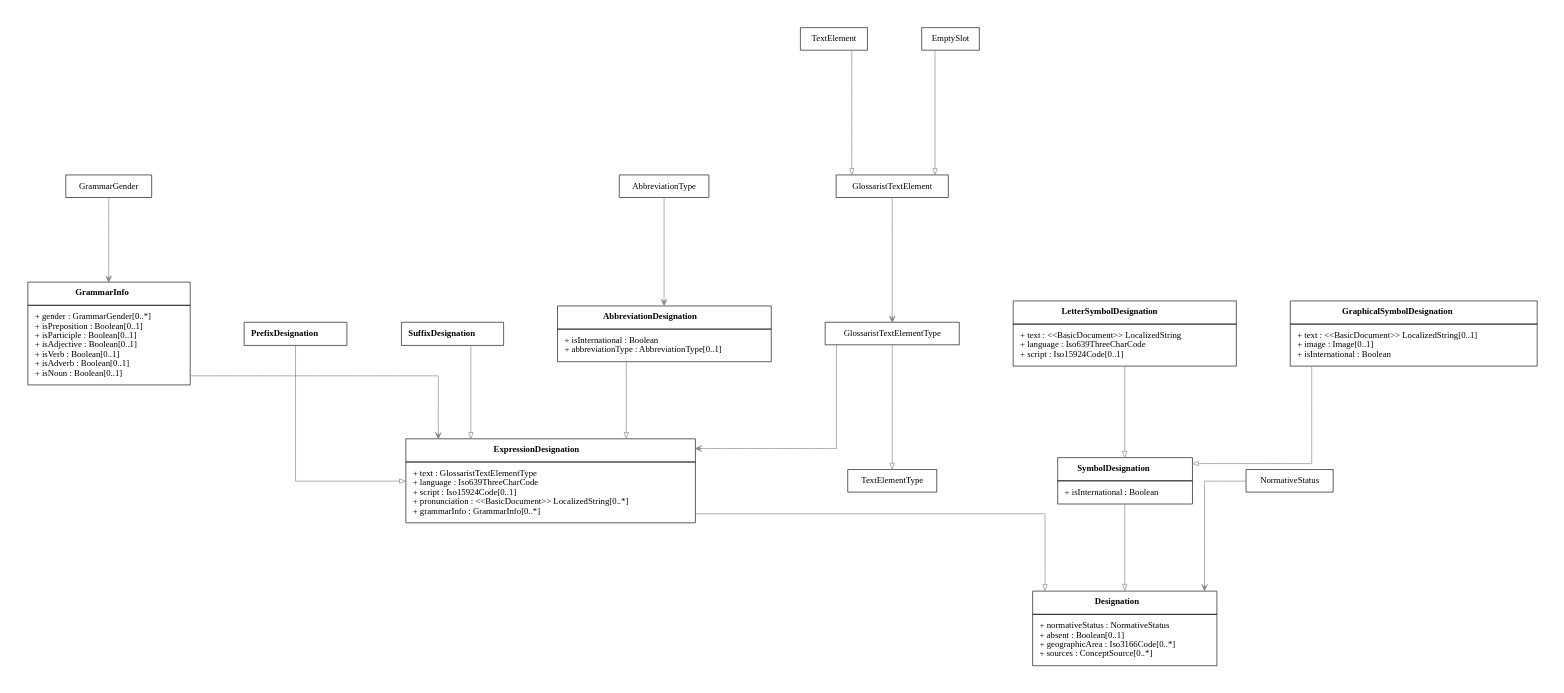
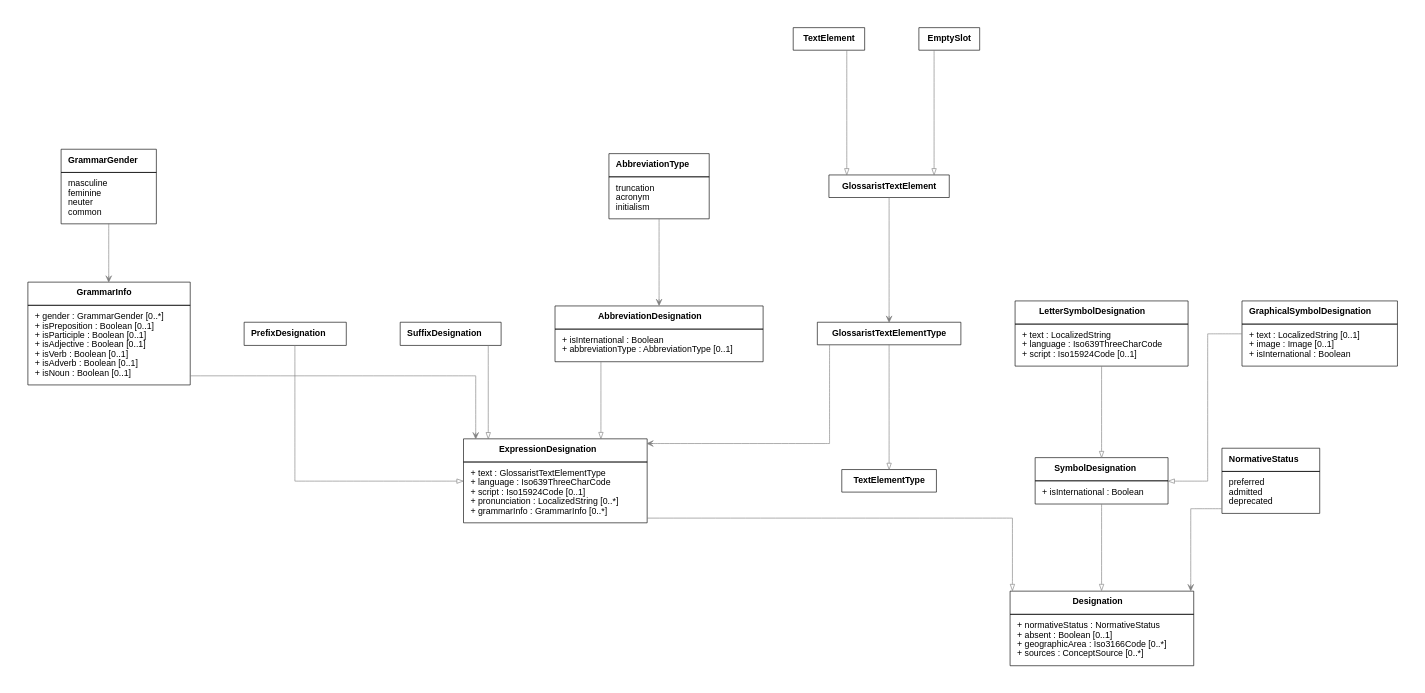
The diagram in lutaml/Designations.dot (glossarist/concept-model), drawn with Graphviz before and after one commit. The commit also changed 11 other files, not shown here.

```diff
--- a/lutaml/Designations.dot
+++ b/lutaml/Designations.dot
@@ -1,9 +1,9 @@
 digraph G {
   graph [splines="ortho" pad=0.5 ranksep="1.2.equally" nodesep="1.2.equally"]
   edge [color="gray50"]
-  node [shape="box"]
+  node [shape="box" fontname="Helvetica-bold"]
 
-  Designation [shape="plain" label=<
+  Designation [shape="plain" fontname="Helvetica" label=<
     <TABLE BORDER="0" CELLBORDER="1" CELLSPACING="0" CELLPADDING="10">
     <TR>
     <TD><B>Designation</B></TD>
@@ -12,10 +12,10 @@
   <TR>
     <TD>
           <TABLE BORDER="0" CELLPADDING="0" CELLSPACING="0">
-            <TR><TD ALIGN="LEFT">+ normativeStatus : NormativeStatus</TD></TR>
-            <TR><TD ALIGN="LEFT">+ absent : Boolean&#91;0..1&#93;</TD></TR>
-            <TR><TD ALIGN="LEFT">+ geographicArea : Iso3166Code&#91;0..*&#93;</TD></TR>
-            <TR><TD ALIGN="LEFT">+ sources : ConceptSource&#91;0..*&#93;</TD></TR>
+            <TR><TD ALIGN="LEFT">+ normativeStatus : NormativeStatus </TD></TR>
+            <TR><TD ALIGN="LEFT">+ absent : Boolean &#91;0..1&#93;</TD></TR>
+            <TR><TD ALIGN="LEFT">+ geographicArea : Iso3166Code &#91;0..*&#93;</TD></TR>
+            <TR><TD ALIGN="LEFT">+ sources : ConceptSource &#91;0..*&#93;</TD></TR>
           </TABLE>
         </TD>
   </TR>
@@ -23,7 +23,7 @@
   </TABLE>
   >]
   
-  ExpressionDesignation [shape="plain" label=<
+  ExpressionDesignation [shape="plain" fontname="Helvetica" label=<
     <TABLE BORDER="0" CELLBORDER="1" CELLSPACING="0" CELLPADDING="10">
     <TR>
     <TD><B>ExpressionDesignation</B></TD>
@@ -32,11 +32,11 @@
   <TR>
     <TD>
           <TABLE BORDER="0" CELLPADDING="0" CELLSPACING="0">
-            <TR><TD ALIGN="LEFT">+ text : GlossaristTextElementType</TD></TR>
-            <TR><TD ALIGN="LEFT">+ language : Iso639ThreeCharCode</TD></TR>
-            <TR><TD ALIGN="LEFT">+ script : Iso15924Code&#91;0..1&#93;</TD></TR>
-            <TR><TD ALIGN="LEFT">+ pronunciation : &#60;&#60;BasicDocument&#62;&#62; LocalizedString&#91;0..*&#93;</TD></TR>
-            <TR><TD ALIGN="LEFT">+ grammarInfo : GrammarInfo&#91;0..*&#93;</TD></TR>
+            <TR><TD ALIGN="LEFT">+ text : GlossaristTextElementType </TD></TR>
+            <TR><TD ALIGN="LEFT">+ language : Iso639ThreeCharCode </TD></TR>
+            <TR><TD ALIGN="LEFT">+ script : Iso15924Code &#91;0..1&#93;</TD></TR>
+            <TR><TD ALIGN="LEFT">+ pronunciation : LocalizedString &#91;0..*&#93;</TD></TR>
+            <TR><TD ALIGN="LEFT">+ grammarInfo : GrammarInfo &#91;0..*&#93;</TD></TR>
           </TABLE>
         </TD>
   </TR>
@@ -44,7 +44,7 @@
   </TABLE>
   >]
   
-  GrammarInfo [shape="plain" label=<
+  GrammarInfo [shape="plain" fontname="Helvetica" label=<
     <TABLE BORDER="0" CELLBORDER="1" CELLSPACING="0" CELLPADDING="10">
     <TR>
     <TD><B>GrammarInfo</B></TD>
@@ -53,13 +53,13 @@
   <TR>
     <TD>
           <TABLE BORDER="0" CELLPADDING="0" CELLSPACING="0">
-            <TR><TD ALIGN="LEFT">+ gender : GrammarGender&#91;0..*&#93;</TD></TR>
-            <TR><TD ALIGN="LEFT">+ isPreposition : Boolean&#91;0..1&#93;</TD></TR>
-            <TR><TD ALIGN="LEFT">+ isParticiple : Boolean&#91;0..1&#93;</TD></TR>
-            <TR><TD ALIGN="LEFT">+ isAdjective : Boolean&#91;0..1&#93;</TD></TR>
-            <TR><TD ALIGN="LEFT">+ isVerb : Boolean&#91;0..1&#93;</TD></TR>
-            <TR><TD ALIGN="LEFT">+ isAdverb : Boolean&#91;0..1&#93;</TD></TR>
-            <TR><TD ALIGN="LEFT">+ isNoun : Boolean&#91;0..1&#93;</TD></TR>
+            <TR><TD ALIGN="LEFT">+ gender : GrammarGender &#91;0..*&#93;</TD></TR>
+            <TR><TD ALIGN="LEFT">+ isPreposition : Boolean &#91;0..1&#93;</TD></TR>
+            <TR><TD ALIGN="LEFT">+ isParticiple : Boolean &#91;0..1&#93;</TD></TR>
+            <TR><TD ALIGN="LEFT">+ isAdjective : Boolean &#91;0..1&#93;</TD></TR>
+            <TR><TD ALIGN="LEFT">+ isVerb : Boolean &#91;0..1&#93;</TD></TR>
+            <TR><TD ALIGN="LEFT">+ isAdverb : Boolean &#91;0..1&#93;</TD></TR>
+            <TR><TD ALIGN="LEFT">+ isNoun : Boolean &#91;0..1&#93;</TD></TR>
           </TABLE>
         </TD>
   </TR>
@@ -67,7 +67,7 @@
   </TABLE>
   >]
   
-  SymbolDesignation [shape="plain" label=<
+  SymbolDesignation [shape="plain" fontname="Helvetica" label=<
     <TABLE BORDER="0" CELLBORDER="1" CELLSPACING="0" CELLPADDING="10">
     <TR>
     <TD><B>SymbolDesignation</B></TD>
@@ -76,7 +76,7 @@
   <TR>
     <TD>
           <TABLE BORDER="0" CELLPADDING="0" CELLSPACING="0">
-            <TR><TD ALIGN="LEFT">+ isInternational : Boolean</TD></TR>
+            <TR><TD ALIGN="LEFT">+ isInternational : Boolean </TD></TR>
           </TABLE>
         </TD>
   </TR>
@@ -84,7 +84,7 @@
   </TABLE>
   >]
   
-  PrefixDesignation [shape="plain" label=<
+  PrefixDesignation [shape="plain" fontname="Helvetica" label=<
     <TABLE BORDER="0" CELLBORDER="1" CELLSPACING="0" CELLPADDING="10">
     <TR>
     <TD><B>PrefixDesignation</B></TD>
@@ -93,7 +93,7 @@
   </TABLE>
   >]
   
-  SuffixDesignation [shape="plain" label=<
+  SuffixDesignation [shape="plain" fontname="Helvetica" label=<
     <TABLE BORDER="0" CELLBORDER="1" CELLSPACING="0" CELLPADDING="10">
     <TR>
     <TD><B>SuffixDesignation</B></TD>
@@ -102,7 +102,7 @@
   </TABLE>
   >]
   
-  AbbreviationDesignation [shape="plain" label=<
+  AbbreviationDesignation [shape="plain" fontname="Helvetica" label=<
     <TABLE BORDER="0" CELLBORDER="1" CELLSPACING="0" CELLPADDING="10">
     <TR>
     <TD><B>AbbreviationDesignation</B></TD>
@@ -111,8 +111,8 @@
   <TR>
     <TD>
           <TABLE BORDER="0" CELLPADDING="0" CELLSPACING="0">
-            <TR><TD ALIGN="LEFT">+ isInternational : Boolean</TD></TR>
-            <TR><TD ALIGN="LEFT">+ abbreviationType : AbbreviationType&#91;0..1&#93;</TD></TR>
+            <TR><TD ALIGN="LEFT">+ isInternational : Boolean </TD></TR>
+            <TR><TD ALIGN="LEFT">+ abbreviationType : AbbreviationType &#91;0..1&#93;</TD></TR>
           </TABLE>
         </TD>
   </TR>
@@ -120,7 +120,7 @@
   </TABLE>
   >]
   
-  LetterSymbolDesignation [shape="plain" label=<
+  LetterSymbolDesignation [shape="plain" fontname="Helvetica" label=<
     <TABLE BORDER="0" CELLBORDER="1" CELLSPACING="0" CELLPADDING="10">
     <TR>
     <TD><B>LetterSymbolDesignation</B></TD>
@@ -129,9 +129,9 @@
   <TR>
     <TD>
           <TABLE BORDER="0" CELLPADDING="0" CELLSPACING="0">
-            <TR><TD ALIGN="LEFT">+ text : &#60;&#60;BasicDocument&#62;&#62; LocalizedString</TD></TR>
-            <TR><TD ALIGN="LEFT">+ language : Iso639ThreeCharCode</TD></TR>
-            <TR><TD ALIGN="LEFT">+ script : Iso15924Code&#91;0..1&#93;</TD></TR>
+            <TR><TD ALIGN="LEFT">+ text : LocalizedString </TD></TR>
+            <TR><TD ALIGN="LEFT">+ language : Iso639ThreeCharCode </TD></TR>
+            <TR><TD ALIGN="LEFT">+ script : Iso15924Code &#91;0..1&#93;</TD></TR>
           </TABLE>
         </TD>
   </TR>
@@ -139,7 +139,7 @@
   </TABLE>
   >]
   
-  GraphicalSymbolDesignation [shape="plain" label=<
+  GraphicalSymbolDesignation [shape="plain" fontname="Helvetica" label=<
     <TABLE BORDER="0" CELLBORDER="1" CELLSPACING="0" CELLPADDING="10">
     <TR>
     <TD><B>GraphicalSymbolDesignation</B></TD>
@@ -148,9 +148,67 @@
   <TR>
     <TD>
           <TABLE BORDER="0" CELLPADDING="0" CELLSPACING="0">
-            <TR><TD ALIGN="LEFT">+ text : &#60;&#60;BasicDocument&#62;&#62; LocalizedString&#91;0..1&#93;</TD></TR>
-            <TR><TD ALIGN="LEFT">+ image : Image&#91;0..1&#93;</TD></TR>
-            <TR><TD ALIGN="LEFT">+ isInternational : Boolean</TD></TR>
+            <TR><TD ALIGN="LEFT">+ text : LocalizedString &#91;0..1&#93;</TD></TR>
+            <TR><TD ALIGN="LEFT">+ image : Image &#91;0..1&#93;</TD></TR>
+            <TR><TD ALIGN="LEFT">+ isInternational : Boolean </TD></TR>
+          </TABLE>
+        </TD>
+  </TR>
+  
+  </TABLE>
+  >]
+  
+  NormativeStatus [shape="plain" fontname="Helvetica" label=<
+    <TABLE BORDER="0" CELLBORDER="1" CELLSPACING="0" CELLPADDING="10">
+    <TR>
+    <TD><B>NormativeStatus</B></TD>
+  </TR>
+  
+  <TR>
+    <TD>
+          <TABLE BORDER="0" CELLPADDING="0" CELLSPACING="0">
+            <TR><TD ALIGN="LEFT"> preferred</TD></TR>
+            <TR><TD ALIGN="LEFT"> admitted</TD></TR>
+            <TR><TD ALIGN="LEFT"> deprecated</TD></TR>
+          </TABLE>
+        </TD>
+  </TR>
+  
+  </TABLE>
+  >]
+  
+  AbbreviationType [shape="plain" fontname="Helvetica" label=<
+    <TABLE BORDER="0" CELLBORDER="1" CELLSPACING="0" CELLPADDING="10">
+    <TR>
+    <TD><B>AbbreviationType</B></TD>
+  </TR>
+  
+  <TR>
+    <TD>
+          <TABLE BORDER="0" CELLPADDING="0" CELLSPACING="0">
+            <TR><TD ALIGN="LEFT"> truncation</TD></TR>
+            <TR><TD ALIGN="LEFT"> acronym</TD></TR>
+            <TR><TD ALIGN="LEFT"> initialism</TD></TR>
+          </TABLE>
+        </TD>
+  </TR>
+  
+  </TABLE>
+  >]
+  
+  GrammarGender [shape="plain" fontname="Helvetica" label=<
+    <TABLE BORDER="0" CELLBORDER="1" CELLSPACING="0" CELLPADDING="10">
+    <TR>
+    <TD><B>GrammarGender</B></TD>
+  </TR>
+  
+  <TR>
+    <TD>
+          <TABLE BORDER="0" CELLPADDING="0" CELLSPACING="0">
+            <TR><TD ALIGN="LEFT"> masculine</TD></TR>
+            <TR><TD ALIGN="LEFT"> feminine</TD></TR>
+            <TR><TD ALIGN="LEFT"> neuter</TD></TR>
+            <TR><TD ALIGN="LEFT"> common</TD></TR>
           </TABLE>
         </TD>
   </TR>
```
